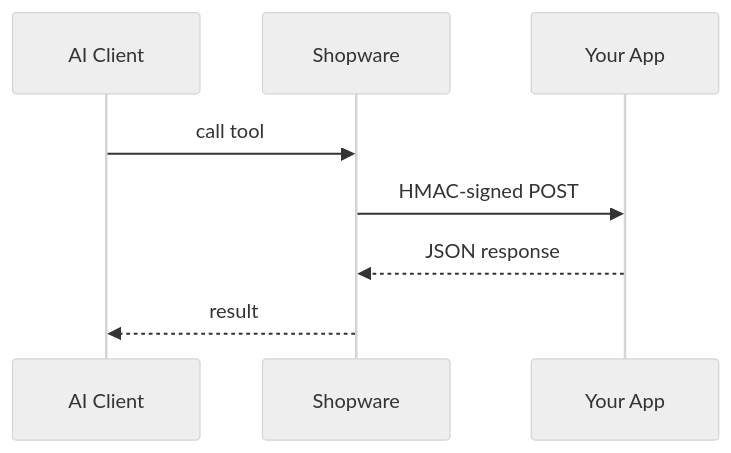
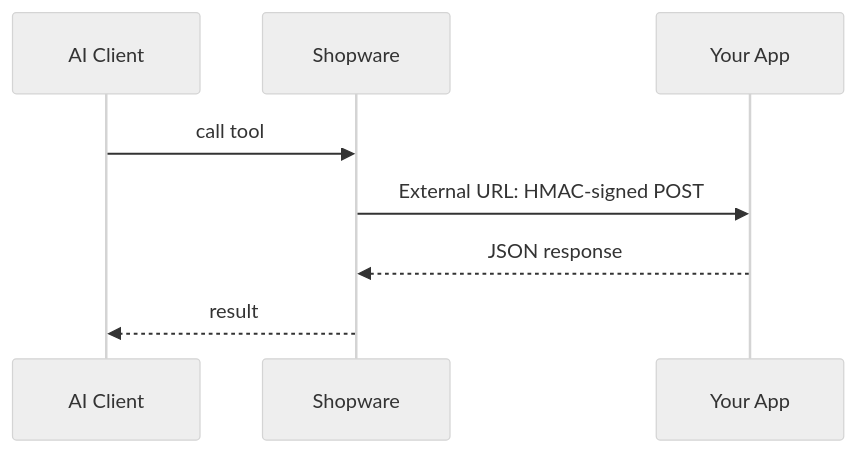
One commit to shopware/docs changed the diagram in guides/plugins/apps/mcp-server.md. Above: the diagram before and after it, drawn with Mermaid (neutral theme). The commit also changed other lines of this file, not shown here.

Commit message:
docs: clarify app MCP capability behavior

````diff
--- a/guides/plugins/apps/mcp-server.md
+++ b/guides/plugins/apps/mcp-server.md
@@ -23,10 +23,10 @@
 ```mermaid
 sequenceDiagram
  participant Client as AI Client
  participant SW as Shopware
  participant App as Your App
  Client->>SW: call tool
- SW->>App: HMAC-signed POST
+ SW->>App: External URL: HMAC-signed POST
  App-->>SW: JSON response
  SW-->>Client: result
 ```
````
